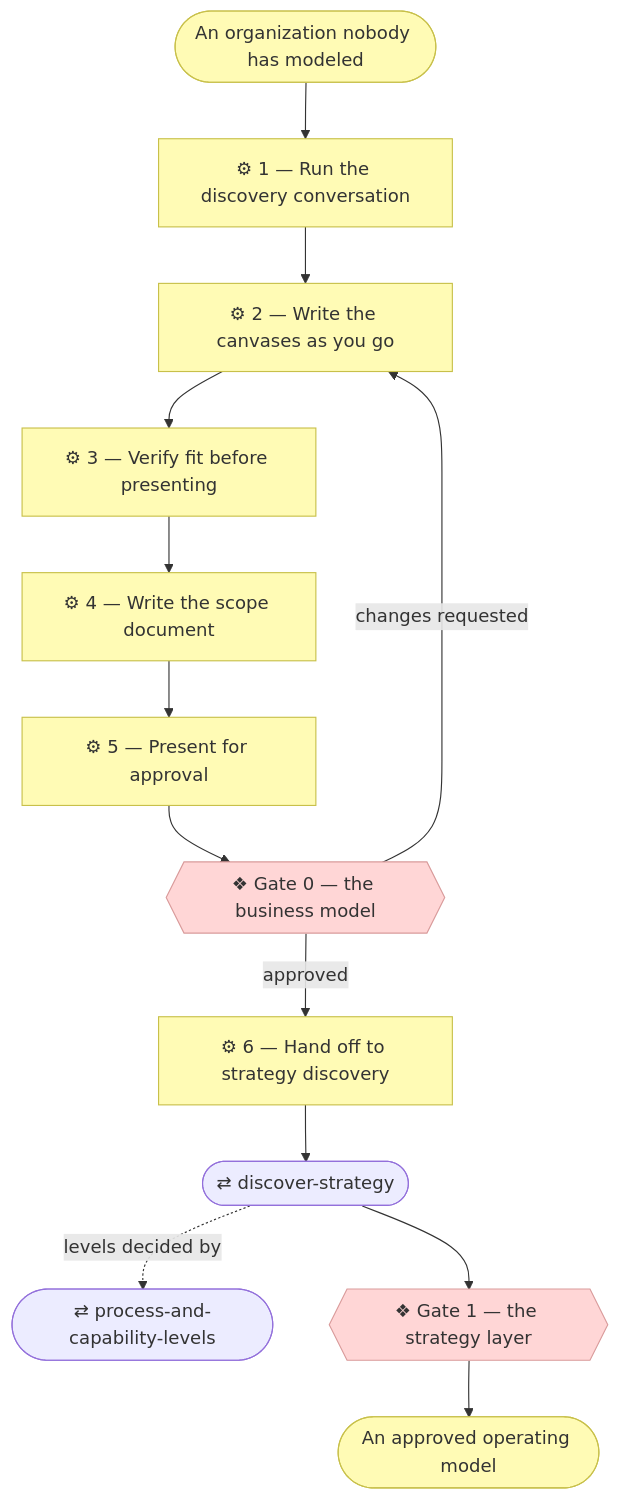
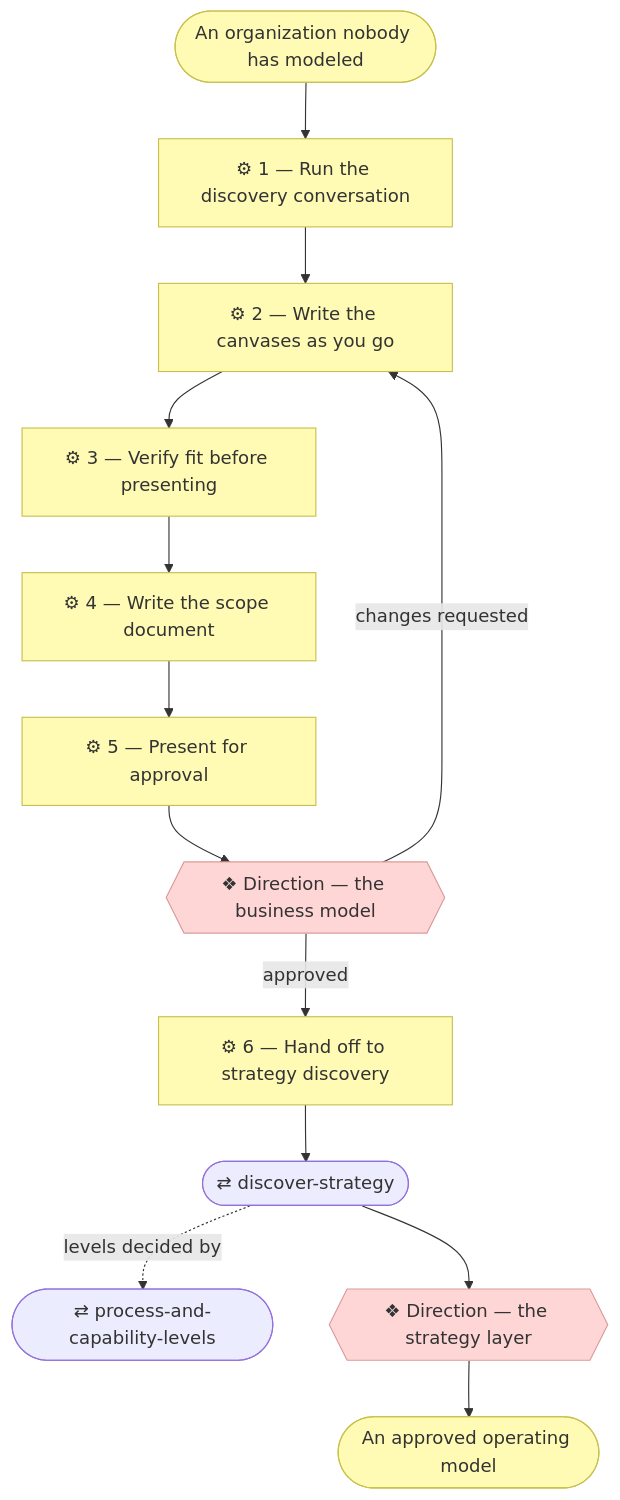
Before and after one commit to roanboc/archreator: the diagram in plugins/archreator/skills/discover-business-model/SKILL.md, drawn with Mermaid. The commit also changed other lines of this file and 32 other files, not shown here.

````diff
--- a/plugins/archreator/skills/discover-business-model/SKILL.md
+++ b/plugins/archreator/skills/discover-business-model/SKILL.md
@@ -45,26 +45,26 @@
 ```mermaid
 flowchart TD
   req(["An organization nobody has modeled"])
   s1["⚙ 1 — Run the discovery conversation"]
   s2["⚙ 2 — Write the canvases as you go"]
   s3["⚙ 3 — Verify fit before presenting"]
   s4["⚙ 4 — Write the scope document"]
   s5["⚙ 5 — Present for approval"]
-  g0{{"❖ Gate 0 — the business model"}}
+  g0{{"❖ Direction — the business model"}}
   s6["⚙ 6 — Hand off to strategy discovery"]
   ds(["⇄ discover-strategy"])
   pcl(["⇄ process-and-capability-levels"])
-  g1{{"❖ Gate 1 — the strategy layer"}}
+  g1{{"❖ Direction — the strategy layer"}}
   out(["An approved operating model"])
 
   req --> s1 --> s2 --> s3 --> s4 --> s5 --> g0
   g0 -->|changes requested| s2
   g0 -->|approved| s6 --> ds
   ds -. levels decided by .-> pcl
   ds --> g1 --> out
 
   classDef business fill:#fffbb5,stroke:#c8c04a,color:#333
   classDef implementation fill:#ffd6d6,stroke:#d99b9b,color:#333
   class s1,s2,s3,s4,s5,s6,req,out business
   class g0,g1 implementation
 ```
````
